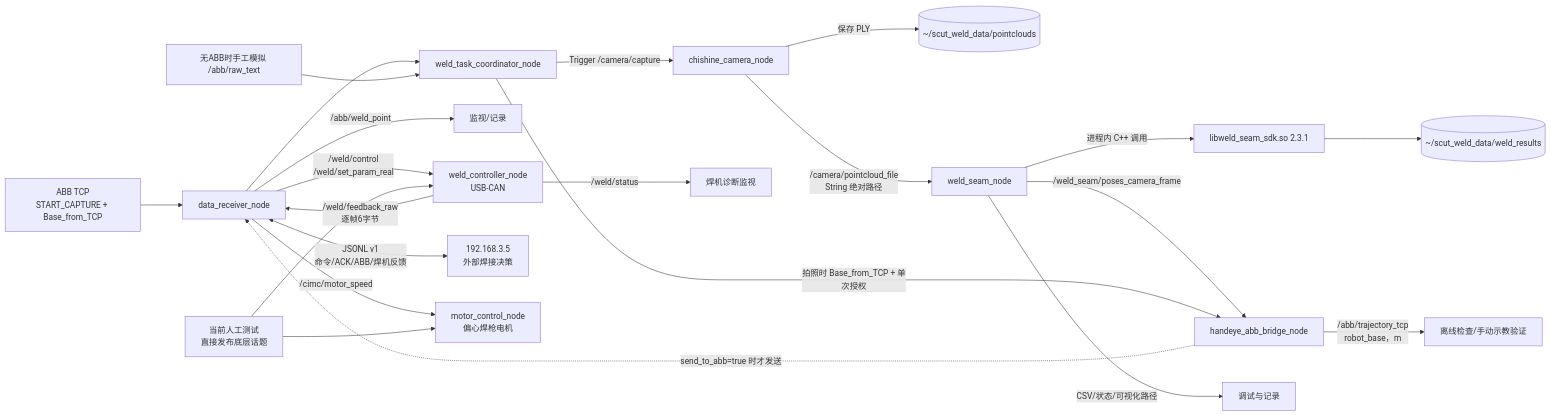
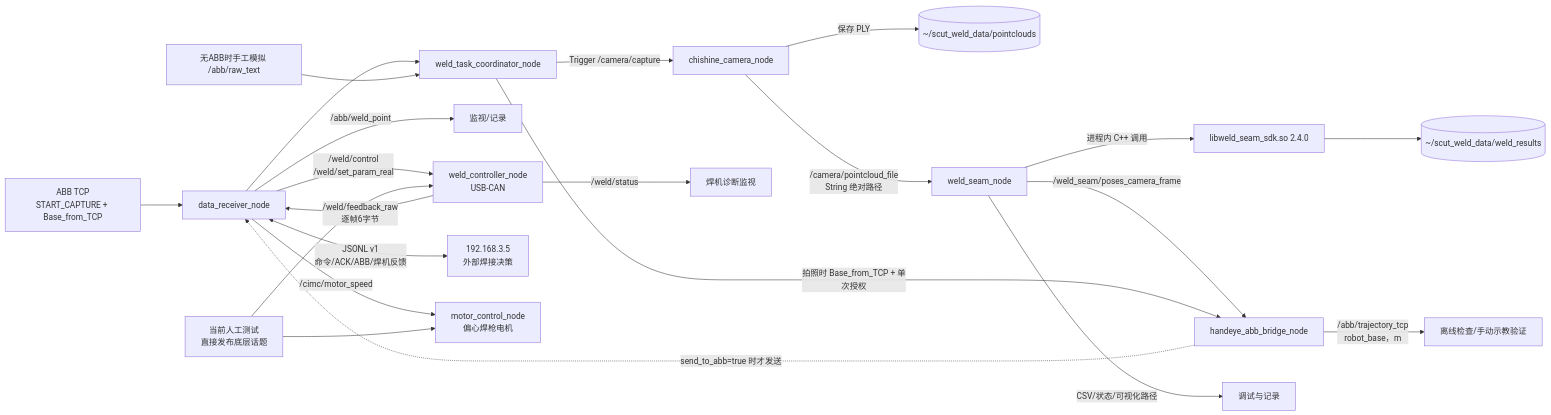
One commit to Luckme921/cimc changed the diagram in README.md. Above: the diagram before and after it, drawn with Mermaid. The commit also changed other lines of this file and 9 other files, not shown here.

````diff
--- a/README.md
+++ b/README.md
@@ -39,25 +39,25 @@
 ```mermaid
 flowchart LR
     ABB["ABB TCP\nSTART_CAPTURE + Base_from_TCP"] --> D["data_receiver_node"]
     D --> Q["weld_task_coordinator_node"]
     SIM["无ABB时手工模拟 /abb/raw_text"] --> Q
     Q -->|"Trigger /camera/capture"| C["chishine_camera_node"]
     C -->|"保存 PLY"| P[("~/scut_weld_data/pointclouds")]
     C -->|"/camera/pointcloud_file\nString 绝对路径"| S["weld_seam_node"]
-    S -->|"进程内 C++ 调用"| SDK["libweld_seam_sdk.so 2.3.1"]
+    S -->|"进程内 C++ 调用"| SDK["libweld_seam_sdk.so 2.4.0"]
     SDK --> R[("~/scut_weld_data/weld_results")]
     S -->|"/weld_seam/poses_camera_frame"| H["handeye_abb_bridge_node"]
     Q -->|"拍照时 Base_from_TCP + 单次授权"| H
     H -->|"/abb/trajectory_tcp\nrobot_base，m"| CHECK["离线检查/手动示教验证"]
     H -. "send_to_abb=true 时才发送" .-> D
     S -->|"CSV/状态/可视化路径"| V["调试与记录"]
 
     D -->|"/abb/weld_point"| MON["监视/记录"]
     W["weld_controller_node\nUSB-CAN"] -->|"/weld/status"| WMON["焊机诊断监视"]
     W -->|"/weld/feedback_raw\n逐帧6字节"| D
     D <-->|"JSONL v1\n命令/ACK/ABB/焊机反馈"| EXT["192.168.3.5\n外部焊接决策"]
     D -->|"/weld/control\n/weld/set_param_real"| W
     D -->|"/cimc/motor_speed"| M["motor_control_node\n偏心焊枪电机"]
     TSIM["当前人工测试\n直接发布底层话题"] --> W
     TSIM --> M
 ```
````
